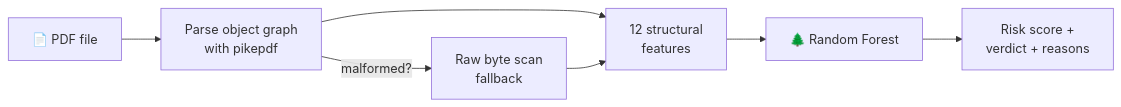
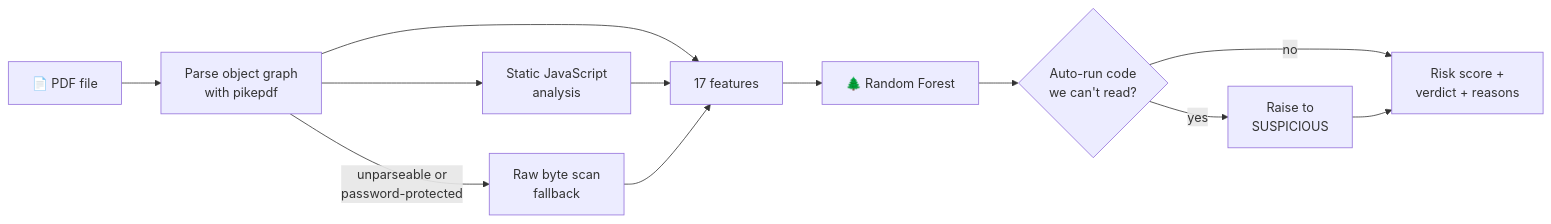
Before and after one commit to purvalsingh/pdfshield: the diagram in README.md, drawn with Mermaid. The commit also changed other lines of this file and 12 other files, not shown here.

````diff
--- a/README.md
+++ b/README.md
@@ -134,9 +140,14 @@
 ```mermaid
 flowchart LR
     A[📄 PDF file] --> B[Parse object graph<br/>with pikepdf]
-    B -- malformed? --> C[Raw byte scan<br/>fallback]
-    B --> D[12 structural<br/>features]
+    B -- unparseable or<br/>password-protected --> C[Raw byte scan<br/>fallback]
+    B --> J[Static JavaScript<br/>analysis]
+    B --> D[17 features]
+    J --> D
     C --> D
     D --> E[🌲 Random Forest]
-    E --> F[Risk score +<br/>verdict + reasons]
+    E --> P{Auto-run code<br/>we can't read?}
+    P -- yes --> S[Raise to<br/>SUSPICIOUS]
+    P -- no --> F[Risk score +<br/>verdict + reasons]
+    S --> F
 ```
````
